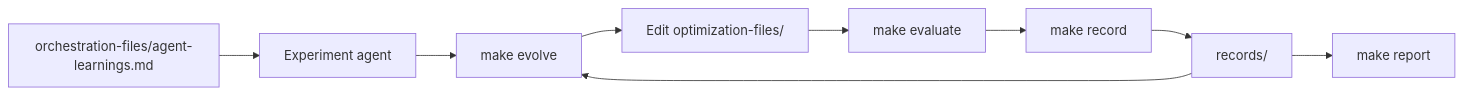
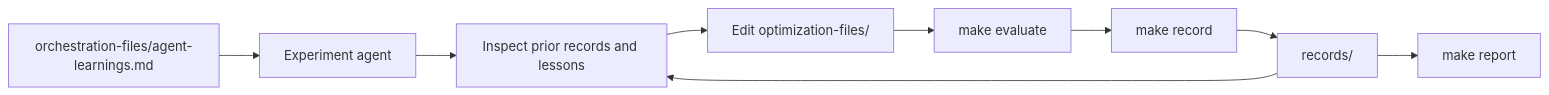
One commit to Aksth070600/autoresearch-acts-seeding changed the diagram in README.md. Above: the diagram before and after it, drawn with Mermaid. The commit also changed other lines of this file and 18 other files, not shown here.

````diff
--- a/README.md
+++ b/README.md
@@ -14,11 +14,11 @@
 ```mermaid
 flowchart LR
-    A[Experiment agent] --> B[make evolve]
+    A[Experiment agent] --> B[Inspect prior records and lessons]
     B --> C[Edit optimization-files/]
     C --> D[make evaluate]
     D --> E[make record]
     E --> F[records/]
     F --> B
     F --> G[make report]
     H[orchestration-files/agent-learnings.md] --> A
 ```
````
